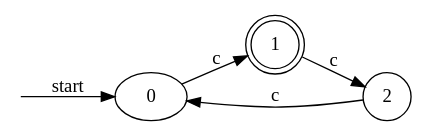
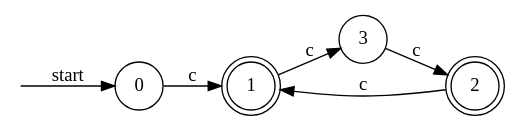
One commit to jonathanvdc/automata-generator changed the diagram in examples/ssc/ex6/minimized.dot. Above: the diagram before and after it, drawn with Graphviz. The commit also changed 331 other files, not shown here.

```diff
--- a/examples/ssc/ex6/minimized.dot
+++ b/examples/ssc/ex6/minimized.dot
@@ -1,10 +1,12 @@
 digraph dfa {
     rankdir = LR;
+    node [shape = circle];
     __start [style = invis, shape = point];
     __start -> "0" [ label = "start" ];
-    node [shape = doublecircle]; "1"
+    node [shape = doublecircle]; "1" "2"
     node [shape = circle];
     "0" -> "1" [ label = "c" ];
-    "1" -> "2" [ label = "c" ];
-    "2" -> "0" [ label = "c" ];
+    "1" -> "3" [ label = "c" ];
+    "3" -> "2" [ label = "c" ];
+    "2" -> "1" [ label = "c" ];
 }
```
